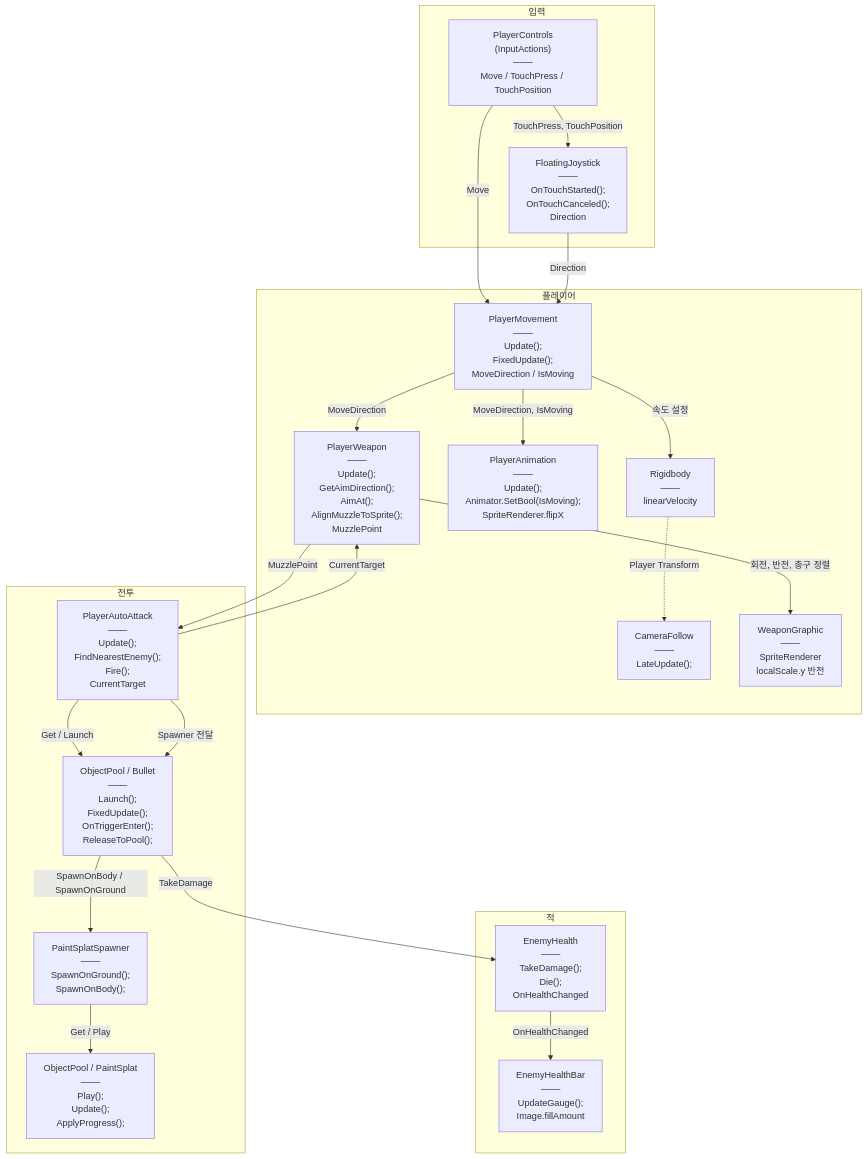
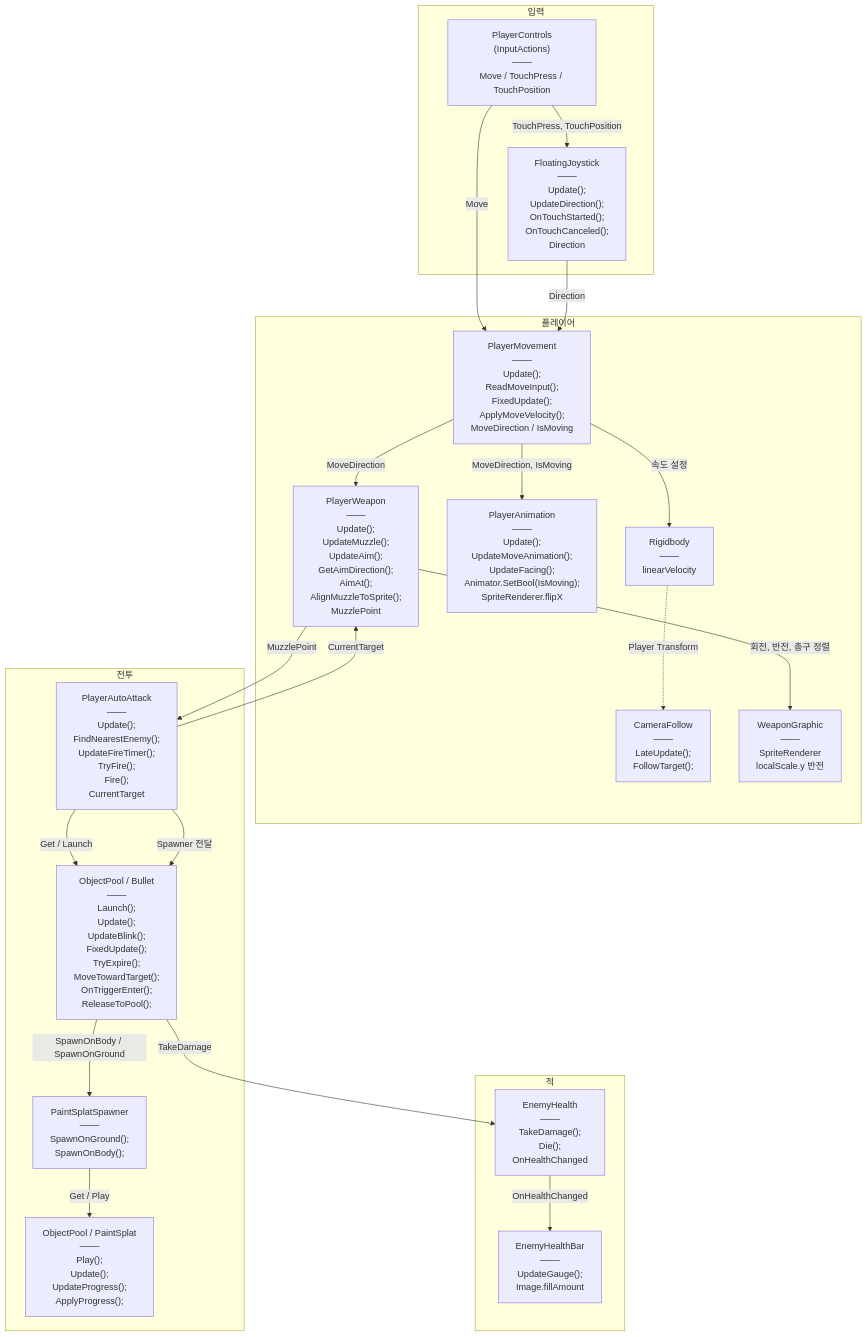
One commit to jayy5288sk/AICodeProject changed the diagram in Docs/ImplementDocs/Diagram.md. Above: the diagram before and after it, drawn with Mermaid. The commit also changed other lines of this file and 8 other files, not shown here.

````diff
--- a/Docs/ImplementDocs/Diagram.md
+++ b/Docs/ImplementDocs/Diagram.md
@@ -4,45 +4,45 @@
 ```mermaid
 flowchart TD
     subgraph InputGroup["입력"]
         Input["PlayerControls<br/>(InputActions)<br/>───<br/>Move / TouchPress / TouchPosition"]
-        Joystick["FloatingJoystick<br/>───<br/>OnTouchStarted();<br/>OnTouchCanceled();<br/>Direction"]
+        Joystick["FloatingJoystick<br/>───<br/>Update();<br/>UpdateDirection();<br/>OnTouchStarted();<br/>OnTouchCanceled();<br/>Direction"]
     end
 
     subgraph PlayerGroup["플레이어"]
-        Movement["PlayerMovement<br/>───<br/>Update();<br/>FixedUpdate();<br/>MoveDirection / IsMoving"]
+        Movement["PlayerMovement<br/>───<br/>Update();<br/>ReadMoveInput();<br/>FixedUpdate();<br/>ApplyMoveVelocity();<br/>MoveDirection / IsMoving"]
         Body["Rigidbody<br/>───<br/>linearVelocity"]
-        Animation["PlayerAnimation<br/>───<br/>Update();<br/>Animator.SetBool(IsMoving);<br/>SpriteRenderer.flipX"]
-        Camera["CameraFollow<br/>───<br/>LateUpdate();"]
-        Weapon["PlayerWeapon<br/>───<br/>Update();<br/>GetAimDirection();<br/>AimAt();<br/>AlignMuzzleToSprite();<br/>MuzzlePoint"]
+        Animation["PlayerAnimation<br/>───<br/>Update();<br/>UpdateMoveAnimation();<br/>UpdateFacing();<br/>Animator.SetBool(IsMoving);<br/>SpriteRenderer.flipX"]
+        Camera["CameraFollow<br/>───<br/>LateUpdate();<br/>FollowTarget();"]
+        Weapon["PlayerWeapon<br/>───<br/>Update();<br/>UpdateMuzzle();<br/>UpdateAim();<br/>GetAimDirection();<br/>AimAt();<br/>AlignMuzzleToSprite();<br/>MuzzlePoint"]
         WeaponGraphic["WeaponGraphic<br/>───<br/>SpriteRenderer<br/>localScale.y 반전"]
     end
 
     subgraph CombatGroup["전투"]
-        AutoAttack["PlayerAutoAttack<br/>───<br/>Update();<br/>FindNearestEnemy();<br/>Fire();<br/>CurrentTarget"]
-        Bullet["ObjectPool / Bullet<br/>───<br/>Launch();<br/>FixedUpdate();<br/>OnTriggerEnter();<br/>ReleaseToPool();"]
+        AutoAttack["PlayerAutoAttack<br/>───<br/>Update();<br/>FindNearestEnemy();<br/>UpdateFireTimer();<br/>TryFire();<br/>Fire();<br/>CurrentTarget"]
+        Bullet["ObjectPool / Bullet<br/>───<br/>Launch();<br/>Update();<br/>UpdateBlink();<br/>FixedUpdate();<br/>TryExpire();<br/>MoveTowardTarget();<br/>OnTriggerEnter();<br/>ReleaseToPool();"]
         Spawner["PaintSplatSpawner<br/>───<br/>SpawnOnGround();<br/>SpawnOnBody();"]
-        PaintSplat["ObjectPool / PaintSplat<br/>───<br/>Play();<br/>Update();<br/>ApplyProgress();"]
+        PaintSplat["ObjectPool / PaintSplat<br/>───<br/>Play();<br/>Update();<br/>UpdateProgress();<br/>ApplyProgress();"]
     end
 
     subgraph EnemyGroup["적"]
         EnemyHealth["EnemyHealth<br/>───<br/>TakeDamage();<br/>Die();<br/>OnHealthChanged"]
         EnemyHealthBar["EnemyHealthBar<br/>───<br/>UpdateGauge();<br/>Image.fillAmount"]
     end
 
     Input -->|TouchPress, TouchPosition| Joystick
     Input -->|Move| Movement
     Joystick -->|Direction| Movement
     Movement -->|속도 설정| Body
     Movement -->|MoveDirection, IsMoving| Animation
     Body -.->|Player Transform| Camera
     Movement -->|MoveDirection| Weapon
     Weapon -->|회전, 반전, 총구 정렬| WeaponGraphic
     AutoAttack -->|CurrentTarget| Weapon
     Weapon -->|MuzzlePoint| AutoAttack
     AutoAttack -->|Get / Launch| Bullet
     AutoAttack -->|Spawner 전달| Bullet
     Bullet -->|TakeDamage| EnemyHealth
     Bullet -->|SpawnOnBody / SpawnOnGround| Spawner
     Spawner -->|Get / Play| PaintSplat
     EnemyHealth -->|OnHealthChanged| EnemyHealthBar
 ```
````
